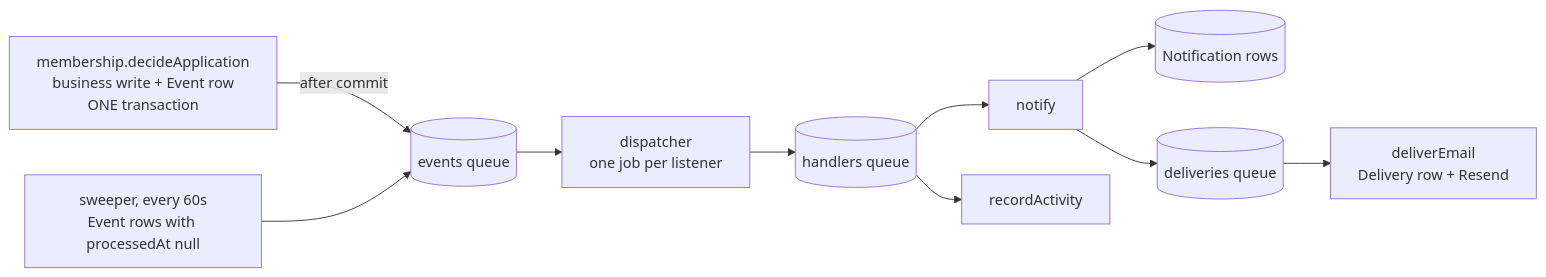
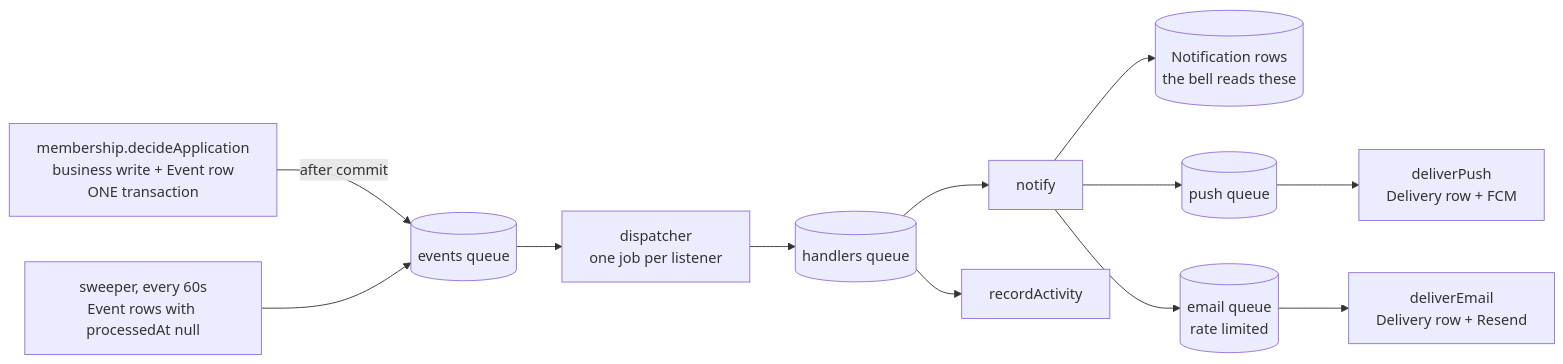
Before and after one commit to coding-for-change/cycling-without-age: the diagram in docs-internal/EVENTS.md, drawn with Mermaid. The commit also changed other lines of this file and 112 other files, not shown here.

````diff
--- a/docs-internal/EVENTS.md
+++ b/docs-internal/EVENTS.md
@@ -13,12 +14,14 @@
 ```mermaid
 flowchart LR
   F["membership.decideApplication<br/>business write + Event row<br/>ONE transaction"] -->|after commit| EQ[("events queue")]
   SW["sweeper, every 60s<br/>Event rows with processedAt null"] --> EQ
   EQ --> D["dispatcher<br/>one job per listener"]
   D --> HQ[("handlers queue")]
   HQ --> N[notify]
   HQ --> RA[recordActivity]
-  N --> NR[("Notification rows")]
-  N --> DQ[("deliveries queue")]
-  DQ --> DE["deliverEmail<br/>Delivery row + Resend"]
+  N --> NR[("Notification rows<br/>the bell reads these")]
+  N --> PQ[("push queue")]
+  N --> EMQ[("email queue<br/>rate limited")]
+  PQ --> DP["deliverPush<br/>Delivery row + FCM"]
+  EMQ --> DE["deliverEmail<br/>Delivery row + Resend"]
 ```
````
